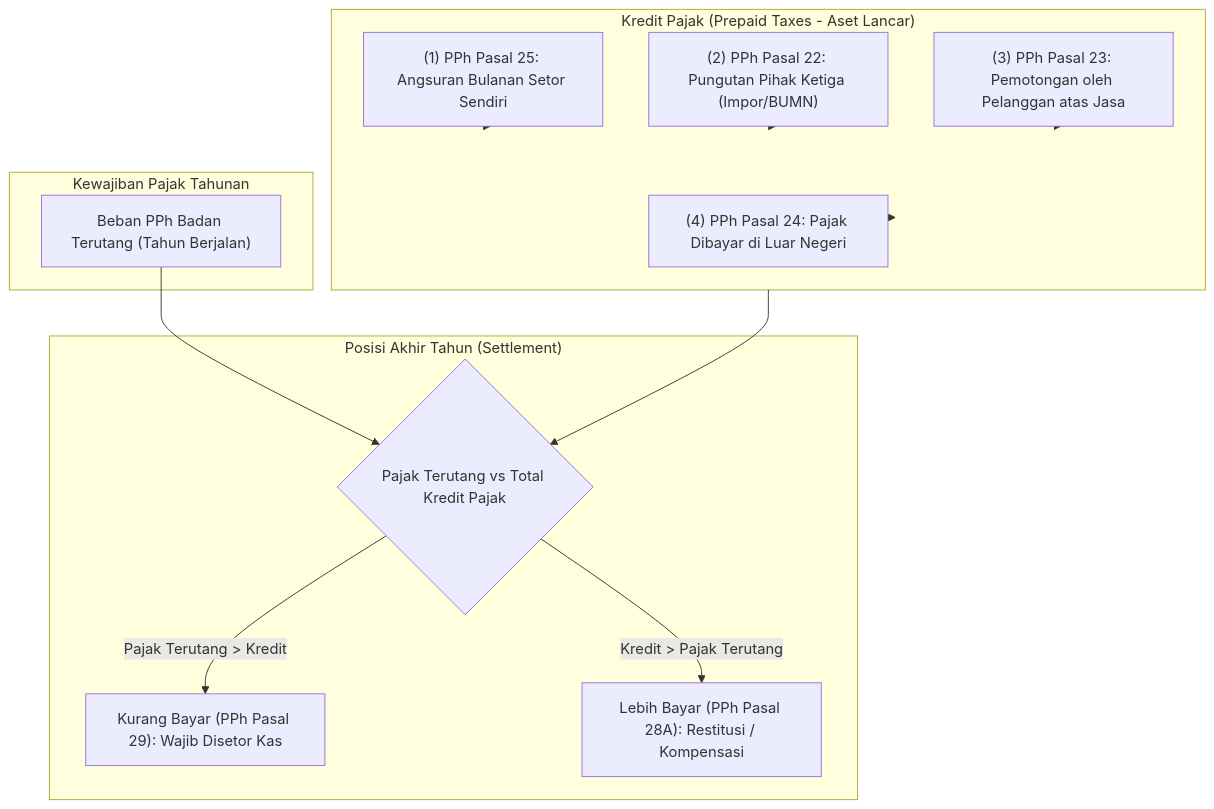
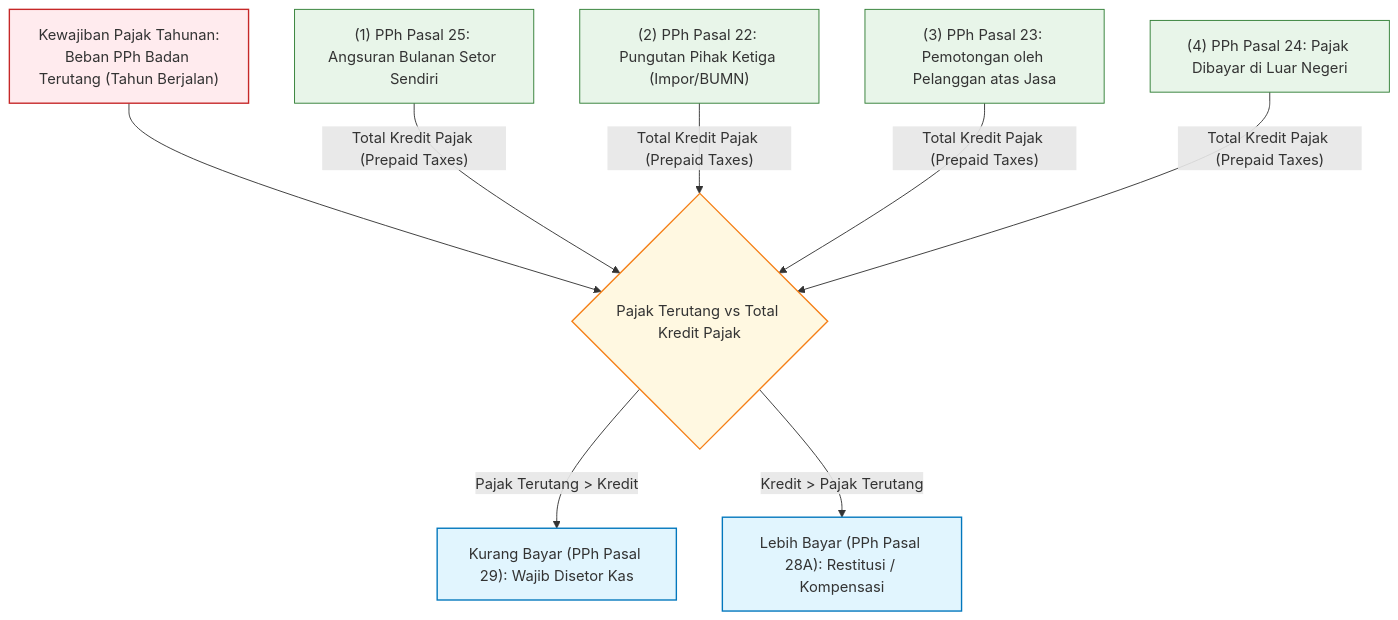
The diagram in content/11-tax/corporate-tax-installment-and-prepayment.md (alimurrofid/erp-notes), drawn with Mermaid before and after one commit. The commit also changed 58 other files, not shown here.

Commit message:
fix(content):Mermaid Subgraph

````diff
--- a/content/11-tax/corporate-tax-installment-and-prepayment.md
+++ b/content/11-tax/corporate-tax-installment-and-prepayment.md
@@ -29,28 +29,28 @@
 ```mermaid
 flowchart TD
-    subgraph AnnualLiability["Kewajiban Pajak Tahunan"]
-        TaxExpense["Beban PPh Badan Terutang (Tahun Berjalan)"]
-    end
+    TaxExpense["Kewajiban Pajak Tahunan:<br/>Beban PPh Badan Terutang (Tahun Berjalan)"]
 
-    subgraph TaxCredits["Kredit Pajak (Prepaid Taxes - Aset Lancar)"]
-        PPh25["(1) PPh Pasal 25: Angsuran Bulanan Setor Sendiri"]
-        PPh22["(2) PPh Pasal 22: Pungutan Pihak Ketiga (Impor/BUMN)"]
-        PPh23["(3) PPh Pasal 23: Pemotongan oleh Pelanggan atas Jasa"]
-        PPh24["(4) PPh Pasal 24: Pajak Dibayar di Luar Negeri"]
-    end
+    PPh25["(1) PPh Pasal 25: Angsuran Bulanan Setor Sendiri"]
+    PPh22["(2) PPh Pasal 22: Pungutan Pihak Ketiga (Impor/BUMN)"]
+    PPh23["(3) PPh Pasal 23: Pemotongan oleh Pelanggan atas Jasa"]
+    PPh24["(4) PPh Pasal 24: Pajak Dibayar di Luar Negeri"]
 
-    subgraph FinalPosition["Posisi Akhir Tahun (Settlement)"]
-        Compare{"Pajak Terutang vs Total Kredit Pajak"}
-        PPh29["Kurang Bayar (PPh Pasal 29): Wajib Disetor Kas"]
-        PPh28A["Lebih Bayar (PPh Pasal 28A): Restitusi / Kompensasi"]
-    end
+    Compare{"Pajak Terutang vs Total Kredit Pajak"}
+    PPh29["Kurang Bayar (PPh Pasal 29): Wajib Disetor Kas"]
+    PPh28A["Lebih Bayar (PPh Pasal 28A): Restitusi / Kompensasi"]
 
     TaxExpense --> Compare
-    PPh25 --> TaxCredits
-    PPh22 --> TaxCredits
-    PPh23 --> TaxCredits
-    PPh24 --> TaxCredits
-    TaxCredits --> Compare
+    PPh25 & PPh22 & PPh23 & PPh24 -->|"Total Kredit Pajak (Prepaid Taxes)"| Compare
     Compare -- "Pajak Terutang > Kredit" --> PPh29
     Compare -- "Kredit > Pajak Terutang" --> PPh28A
+
+    classDef expense fill:#ffebee,stroke:#c62828,stroke-width:1.5px;
+    classDef prepay fill:#e8f5e9,stroke:#2e7d32,stroke-width:1px;
+    classDef decision fill:#fff8e1,stroke:#f57f17,stroke-width:1.5px;
+    classDef settlement fill:#e1f5fe,stroke:#0277bd,stroke-width:1.5px;
+
+    class TaxExpense expense;
+    class PPh25,PPh22,PPh23,PPh24 prepay;
+    class Compare decision;
+    class PPh29,PPh28A settlement;
 ```
````
